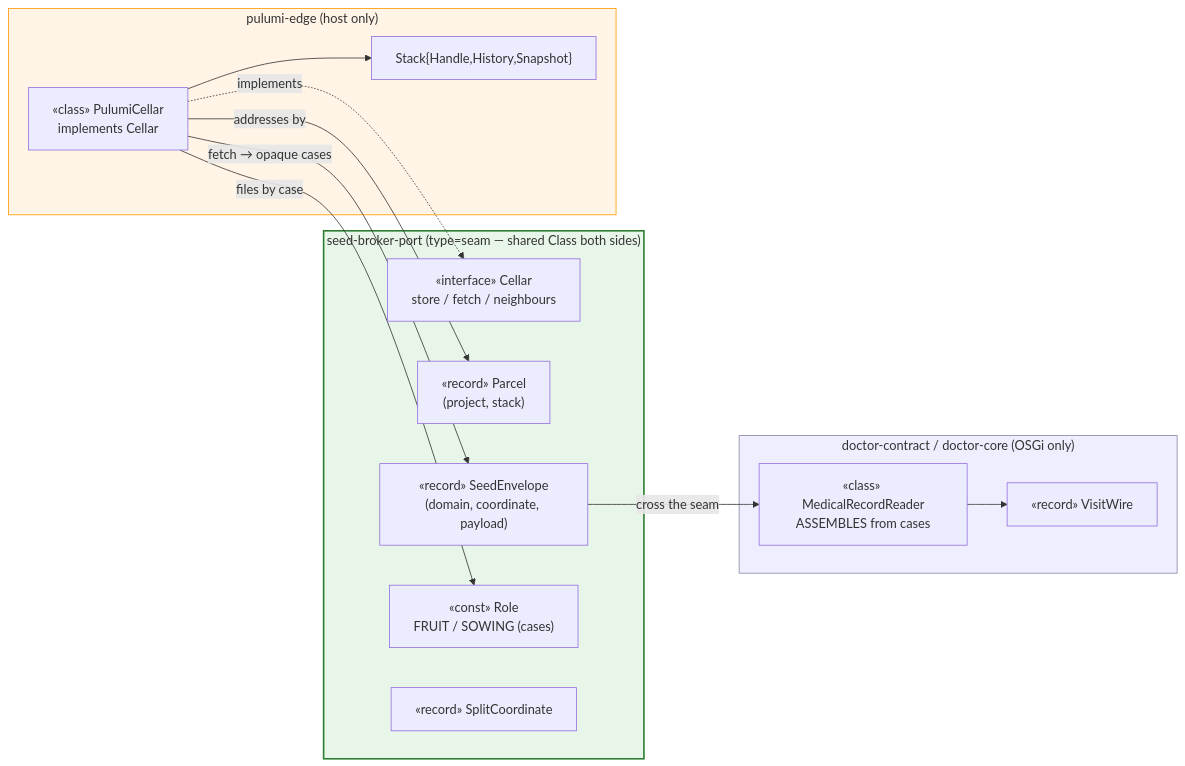
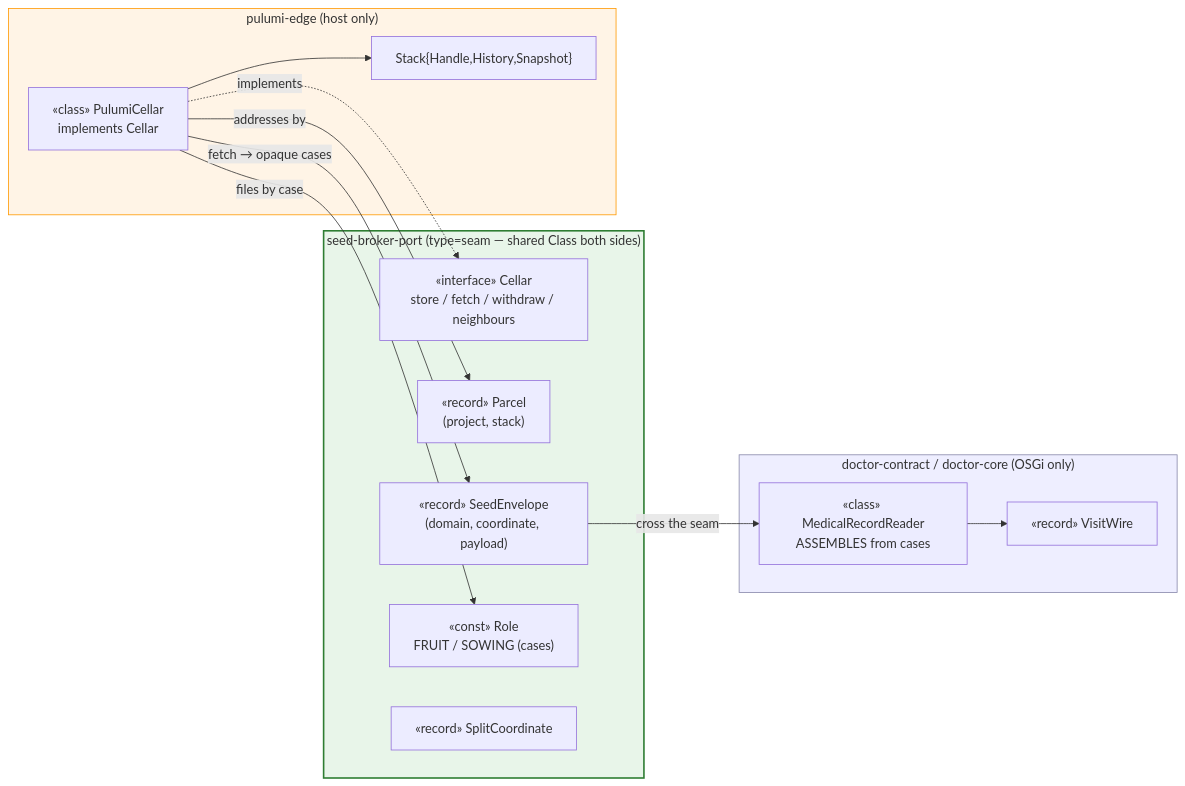
The second of 4 diagrams in docs/architecture/osgi/host-cellar-realisation-spec.adoc (nxmatic/rke2lab), drawn with Mermaid before and after one commit. The commit also changed other lines of this file and 8 other files, not shown here.

```diff
--- a/docs/architecture/osgi/host-cellar-realisation-spec.adoc
+++ b/docs/architecture/osgi/host-cellar-realisation-spec.adoc
@@ -150,30 +150,30 @@
 [mermaid]
 ----
 flowchart LR
   subgraph seam["seed-broker-port (type=seam — shared Class both sides)"]
-    Cellar["«interface» Cellar<br/>store / fetch / neighbours"]
+    Cellar["«interface» Cellar<br/>store / fetch / withdraw / neighbours"]
     Parcel["«record» Parcel<br/>(project, stack)"]
     Envelope["«record» SeedEnvelope<br/>(domain, coordinate, payload)"]
     Role["«const» Role<br/>FRUIT / SOWING (cases)"]
     Split["«record» SplitCoordinate"]
   end
   subgraph hostcode["pulumi-edge (host only)"]
     Impl["«class» PulumiCellar<br/>implements Cellar"]
     Stack["Stack{Handle,History,Snapshot}"]
     Impl --> Stack
     Impl -.implements.-> Cellar
   end
   subgraph doctorcode["doctor-contract / doctor-core (OSGi only)"]
     VisitWire["«record» VisitWire"]
     Reader["«class» MedicalRecordReader<br/>ASSEMBLES from cases"]
     Reader --> VisitWire
   end
   Impl -->|"fetch → opaque cases"| Envelope
   Envelope -->|"cross the seam"| Reader
   Impl -->|"addresses by"| Parcel
   Impl -->|"files by case"| Role
 
   style seam fill:#e8f5e9,stroke:#2e7d32,stroke-width:2px
   style hostcode fill:#fff4e6,stroke:#ff9900
   style doctorcode fill:#eef,stroke:#88a
 ----
```
